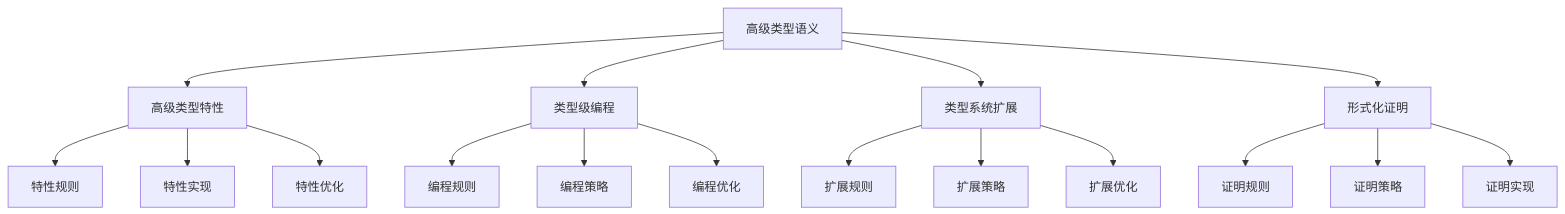
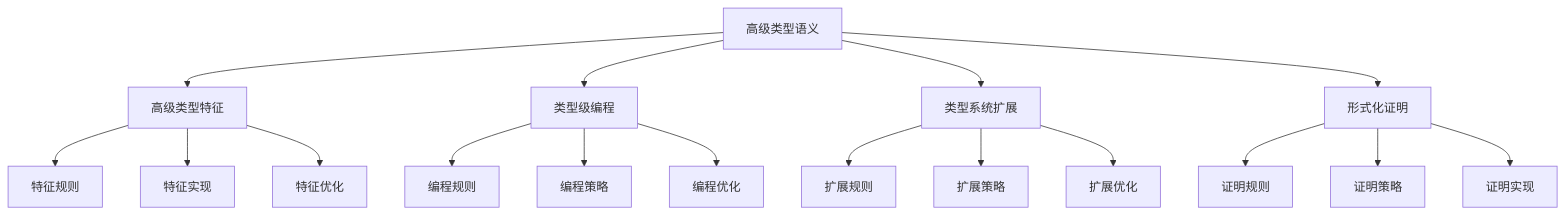
The diagram in formal_rust/refactor/01_core_theory/01_foundation_semantics/02_type_system_semantics/11_advanced_type_semantics.md (martin-ly/rust-lang), drawn with Mermaid before and after one commit. The commit also changed other lines of this file and 5740 other files, not shown here.

````diff
--- a/formal_rust/refactor/01_core_theory/01_foundation_semantics/02_type_system_semantics/11_advanced_type_semantics.md
+++ b/formal_rust/refactor/01_core_theory/01_foundation_semantics/02_type_system_semantics/11_advanced_type_semantics.md
@@ -126,23 +126,23 @@
 ```mermaid
 graph TD
-    A[高级类型语义] --> B[高级类型特性]
+    A[高级类型语义] --> B[高级类型特征]
     A --> C[类型级编程]
     A --> D[类型系统扩展]
     A --> E[形式化证明]
     
-    B --> B1[特性规则]
-    B --> B2[特性实现]
-    B --> B3[特性优化]
+    B --> B1[特征规则]
+    B --> B2[特征实现]
+    B --> B3[特征优化]
     
     C --> C1[编程规则]
     C --> C2[编程策略]
     C --> C3[编程优化]
     
     D --> D1[扩展规则]
     D --> D2[扩展策略]
     D --> D3[扩展优化]
     
     E --> E1[证明规则]
     E --> E2[证明策略]
     E --> E3[证明实现]
 ```
````
